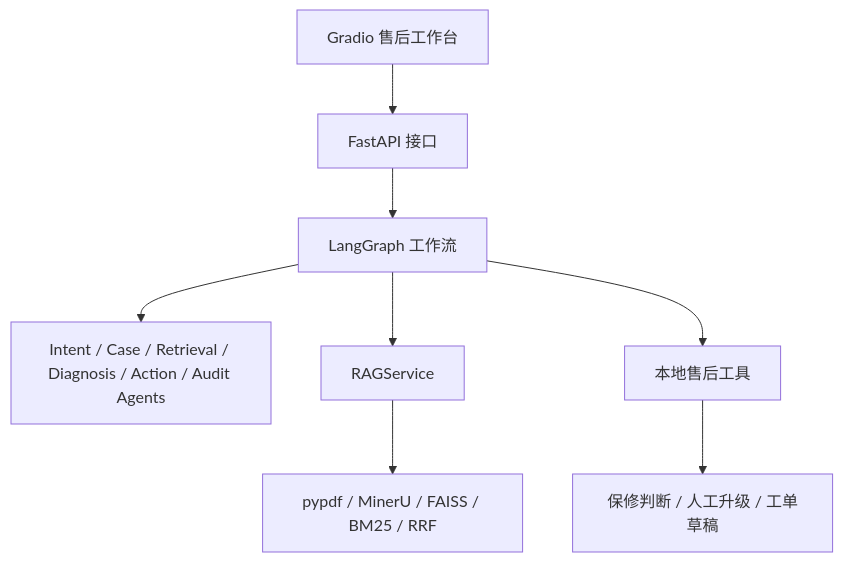
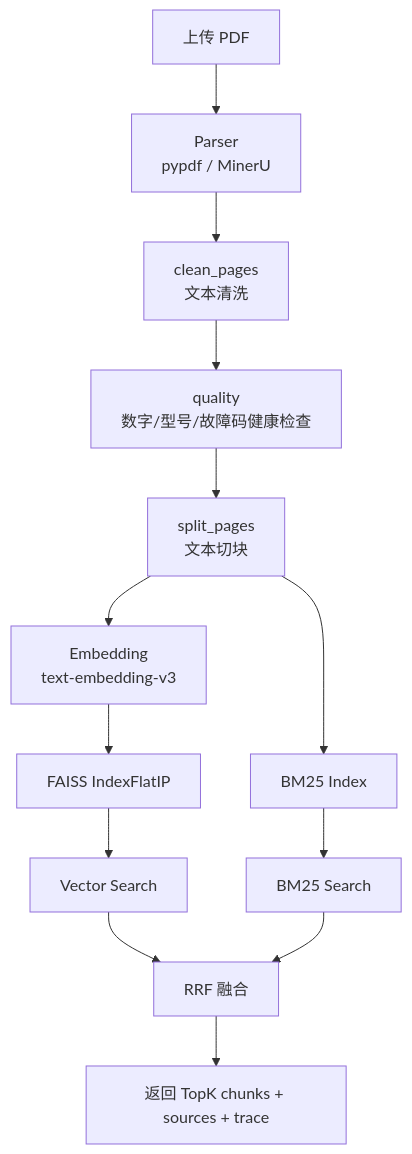
Before and after one commit to Bbb559/AfterSalesAgent: the third of 3 diagrams in README.md, drawn with Mermaid. The commit also changed other lines of this file and 84 other files, not shown here.

````diff
--- a/README.md
+++ b/README.md
@@ -9,10 +431,15 @@
 ```mermaid
 flowchart TD
-    A["Gradio 售后工作台"] --> B["FastAPI 接口"]
-    B --> C["LangGraph 工作流"]
-    C --> D["Intent / Case / Retrieval / Diagnosis / Action / Audit Agents"]
-    C --> E["RAGService"]
-    C --> F["本地售后工具"]
-    E --> G["pypdf / MinerU / FAISS / BM25 / RRF"]
-    F --> H["保修判断 / 人工升级 / 工单草稿"]
+    A["上传 PDF"] --> B["Parser<br/>pypdf / MinerU"]
+    B --> C["clean_pages<br/>文本清洗"]
+    C --> D["quality<br/>数字/型号/故障码健康检查"]
+    D --> E["split_pages<br/>文本切块"]
+    E --> F["Embedding<br/>text-embedding-v3"]
+    F --> G["FAISS IndexFlatIP"]
+    E --> H["BM25 Index"]
+    G --> I["Vector Search"]
+    H --> J["BM25 Search"]
+    I --> K["RRF 融合"]
+    J --> K
+    K --> L["返回 TopK chunks + sources + trace"]
 ```
````
